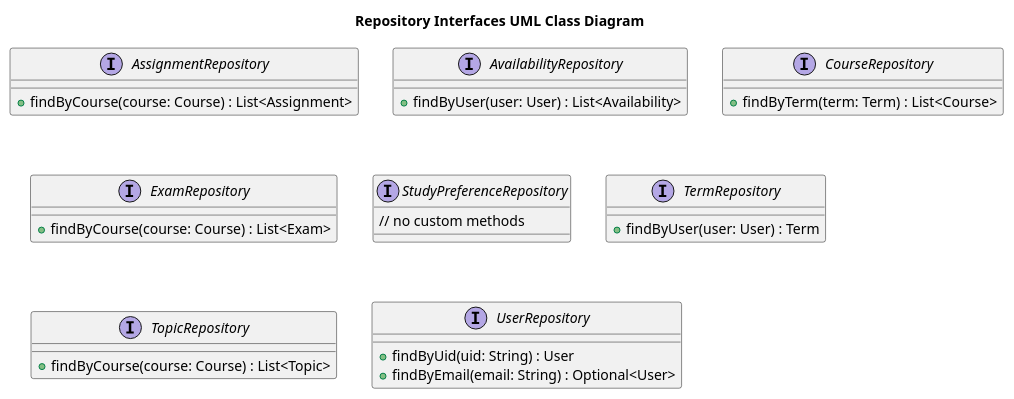
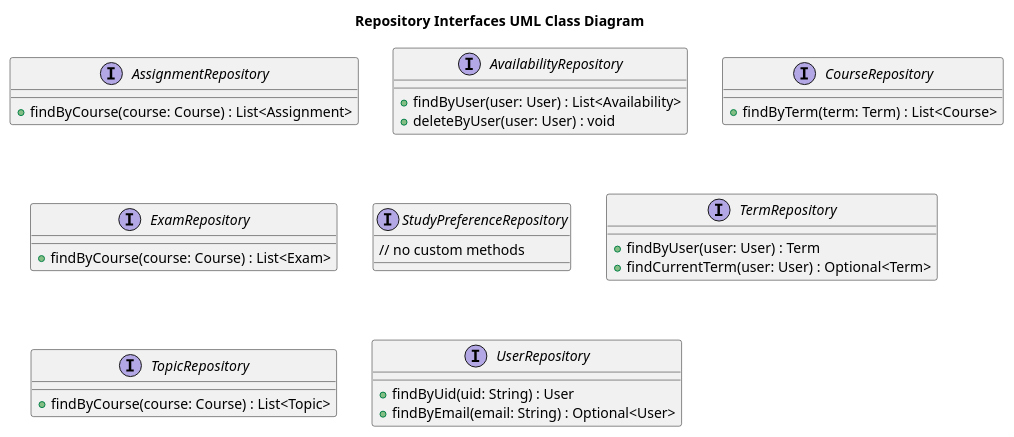
The diagram in repository.puml (keerati5003/PlanMate-Diagram), drawn with PlantUML before and after one commit. The commit also changed 13 other files, not shown here.

```diff
--- a/repository.puml
+++ b/repository.puml
@@ -1,37 +1,39 @@
 @startuml
 title Repository Interfaces UML Class Diagram
 
 interface AssignmentRepository {
     + findByCourse(course: Course) : List<Assignment>
 }
 
 interface AvailabilityRepository {
     + findByUser(user: User) : List<Availability>
+    + deleteByUser(user: User) : void
 }
 
 interface CourseRepository {
     + findByTerm(term: Term) : List<Course>
 }
 
 interface ExamRepository {
     + findByCourse(course: Course) : List<Exam>
 }
 
 interface StudyPreferenceRepository {
     // no custom methods
 }
 
 interface TermRepository {
     + findByUser(user: User) : Term
+    + findCurrentTerm(user: User) : Optional<Term>
 }
 
 interface TopicRepository {
     + findByCourse(course: Course) : List<Topic>
 }
 
 interface UserRepository {
     + findByUid(uid: String) : User
     + findByEmail(email: String) : Optional<User>
 }
 
 @enduml
```
